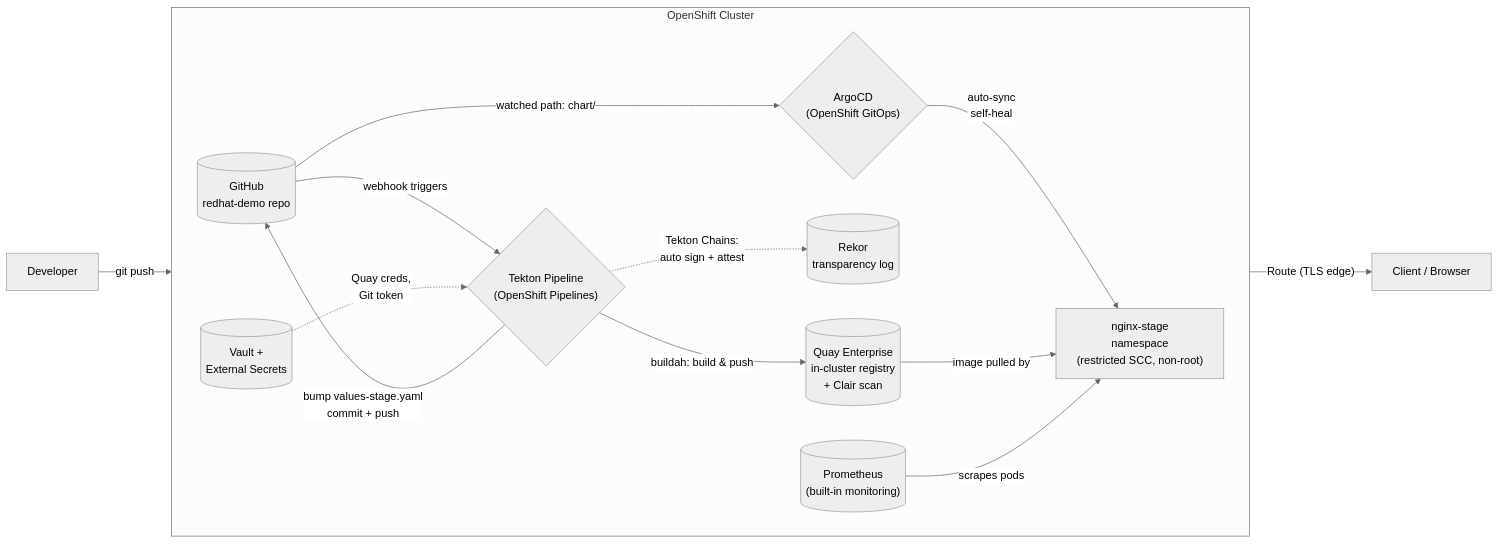
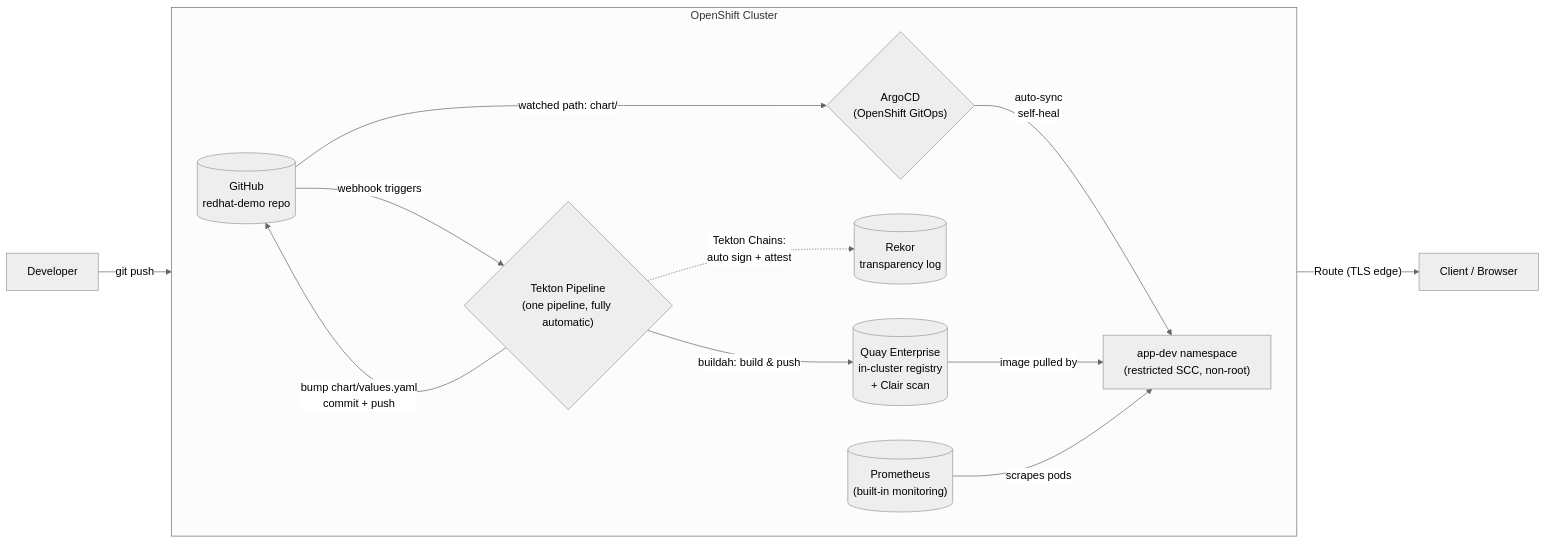
The diagram in docs/architecture.md (ranjithreddyt/redhat-demo), drawn with Mermaid (neutral theme) before and after one commit. The commit also changed other lines of this file and 20 other files, not shown here.

First line of the commit message:
Simplify to a single environment and a single automatic pipeline

````diff
--- a/docs/architecture.md
+++ b/docs/architecture.md
@@ -11,24 +11,22 @@
 ```mermaid
 flowchart LR
     Dev["Developer"] -->|"git push"| GH[("GitHub\nredhat-demo repo")]
 
     subgraph OCP["OpenShift Cluster"]
         direction LR
 
-        GH -->|"webhook triggers"| Tekton{"Tekton Pipeline\n(OpenShift Pipelines)"}
+        GH -->|"webhook triggers"| Tekton{"Tekton Pipeline\n(one pipeline, fully automatic)"}
 
         Tekton -->|"buildah: build & push"| Quay[("Quay Enterprise\nin-cluster registry\n+ Clair scan")]
         Tekton -.->|"Tekton Chains:\nauto sign + attest"| Rekor[("Rekor\ntransparency log")]
-        Tekton -->|"bump values-stage.yaml\ncommit + push"| GH
+        Tekton -->|"bump chart/values.yaml\ncommit + push"| GH
 
-        Vault[("Vault +\nExternal Secrets")] -.->|"Quay creds,\nGit token"| Tekton
-
-        ArgoCD{"ArgoCD\n(OpenShift GitOps)"} -->|"auto-sync\nself-heal"| NS["nginx-stage\nnamespace\n(restricted SCC, non-root)"]
+        ArgoCD{"ArgoCD\n(OpenShift GitOps)"} -->|"auto-sync\nself-heal"| NS["app-dev namespace\n(restricted SCC, non-root)"]
         Quay -->|"image pulled by"| NS
 
         Prom[("Prometheus\n(built-in monitoring)")] -->|"scrapes pods"| NS
     end
 
     GH -->|"watched path: chart/"| ArgoCD
     NS -->|"Route (TLS edge)"| User["Client / Browser"]
 ```
````
